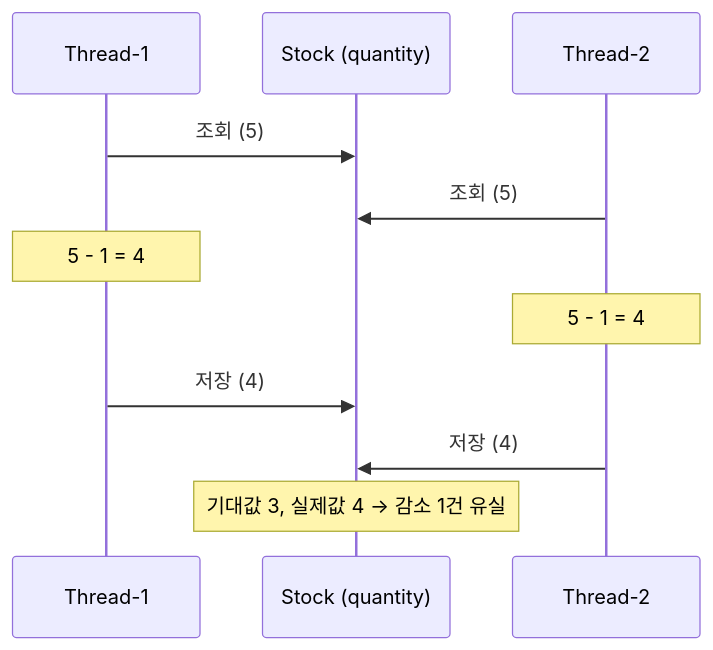
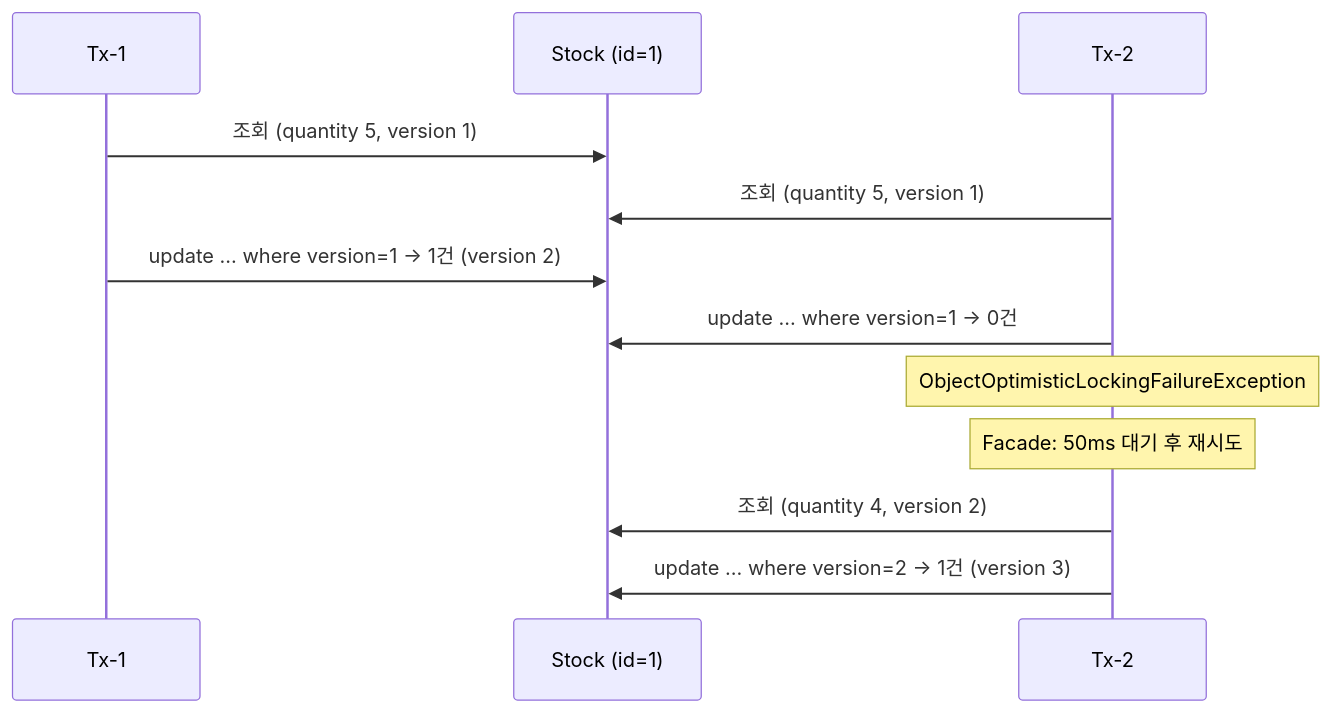
The diagram in README.md (janghappy/stock-concurrency), drawn with Mermaid before and after one commit. The commit also changed other lines of this file and 1 other file, not shown here.

Commit message:
step2-2-db-optimistic-lock 브랜치 문서를 Optimistic Lock 내용만 남기도록 정리

````diff
--- a/README.md
+++ b/README.md
@@ -17,14 +55,15 @@
 ```mermaid
 sequenceDiagram
-    participant T1 as Thread-1
-    participant DB as Stock (quantity)
-    participant T2 as Thread-2
+    participant T1 as Tx-1
+    participant DB as Stock (id=1)
+    participant T2 as Tx-2
 
-    T1->>DB: 조회 (5)
-    T2->>DB: 조회 (5)
-    Note over T1: 5 - 1 = 4
-    Note over T2: 5 - 1 = 4
-    T1->>DB: 저장 (4)
-    T2->>DB: 저장 (4)
-    Note over DB: 기대값 3, 실제값 4 → 감소 1건 유실
+    T1->>DB: 조회 (quantity 5, version 1)
+    T2->>DB: 조회 (quantity 5, version 1)
+    T1->>DB: update ... where version=1 → 1건 (version 2)
+    T2->>DB: update ... where version=1 → 0건
+    Note over T2: ObjectOptimisticLockingFailureException
+    Note over T2: Facade: 50ms 대기 후 재시도
+    T2->>DB: 조회 (quantity 4, version 2)
+    T2->>DB: update ... where version=2 → 1건 (version 3)
 ```
````
